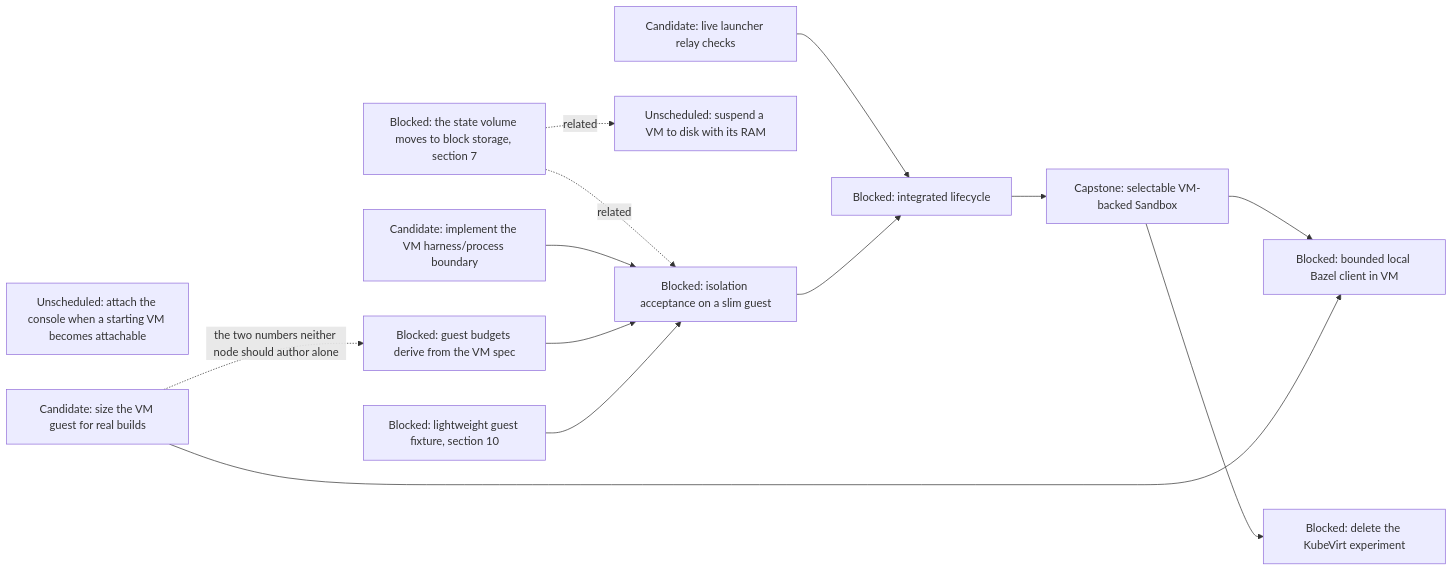
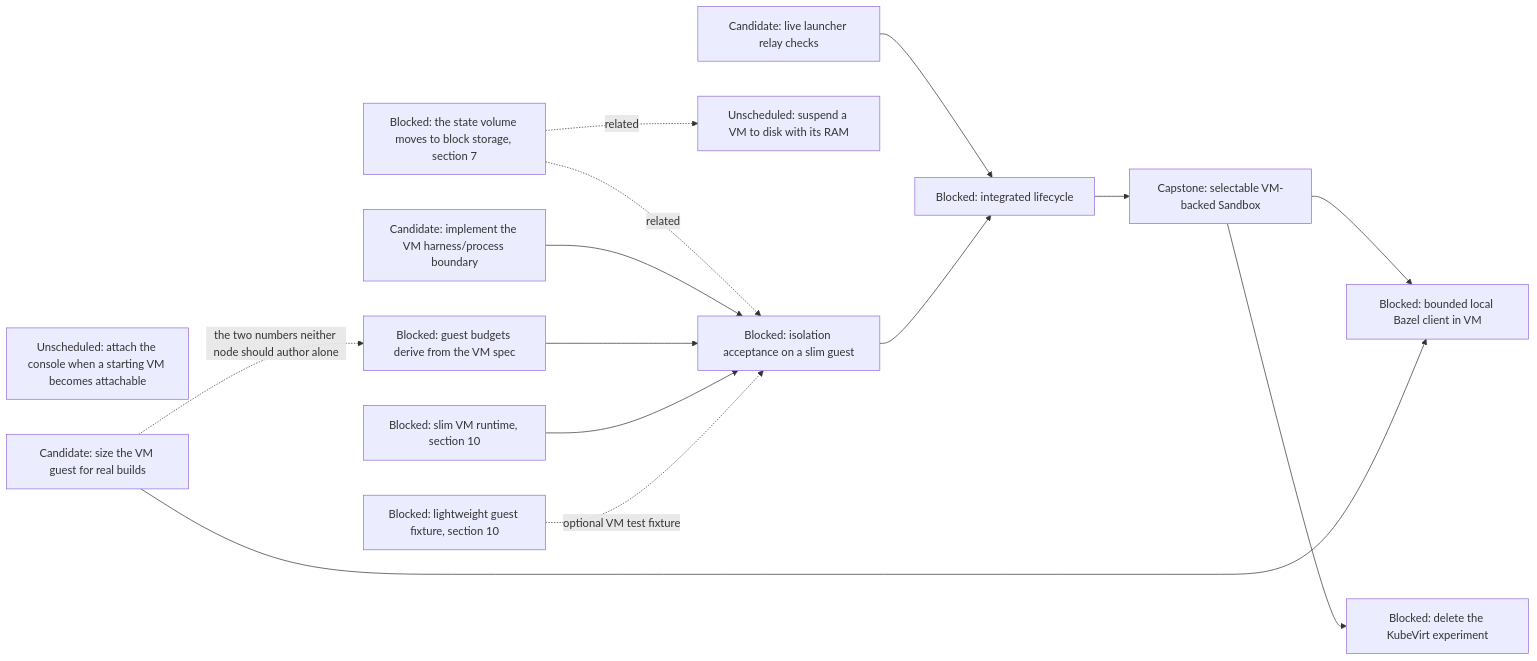
The sixth of 17 diagrams in agentplane/plans/task_dag.md (agentydragon/ducktape), drawn with Mermaid before and after one commit. The commit also changed other lines of this file, not shown here.

Commit message:
Gate VM isolation on slim runtime, not k3s fixture

````diff
--- a/agentplane/plans/task_dag.md
+++ b/agentplane/plans/task_dag.md
@@ -424,24 +424,26 @@
 ```mermaid
 flowchart LR
     VM_EGRESS[Candidate: live launcher relay checks]
     VM_RAM_SUSPEND[Unscheduled: suspend a VM to disk with its RAM]
     VM_CONSOLE_DEFERRED_ATTACH[Unscheduled: attach the console when a starting VM becomes attachable]
     VM_PROCESS_BOUNDARY_IMPL[Candidate: implement the VM harness/process boundary]
     VM_PROCESS_ISOLATION[Blocked: isolation acceptance on a slim guest]
+    RUNNER_LAYERING_VM[Blocked: slim VM runtime, section 10]
     K3S_VM_IMAGE[Blocked: lightweight guest fixture, section 10]
     VM_LIFECYCLE[Blocked: integrated lifecycle]
     STATE_VOLUME_BLOCK[Blocked: the state volume moves to block storage, section 7] -. related .-> VM_PROCESS_ISOLATION
     STATE_VOLUME_BLOCK -. related .-> VM_RAM_SUSPEND
     VM_EGRESS --> VM_LIFECYCLE
     VM_PROCESS_ISOLATION --> VM_LIFECYCLE
     VM_PROCESS_BOUNDARY_IMPL --> VM_PROCESS_ISOLATION
     VM_GUEST_BUDGET_DERIVE --> VM_PROCESS_ISOLATION
-    K3S_VM_IMAGE --> VM_PROCESS_ISOLATION
+    RUNNER_LAYERING_VM --> VM_PROCESS_ISOLATION
+    K3S_VM_IMAGE -. optional VM test fixture .-> VM_PROCESS_ISOLATION
     VM_LIFECYCLE --> SANDBOX_VM_ISOLATION[Capstone: selectable VM-backed Sandbox]
     VM_GUEST_MEMORY[Candidate: size the VM guest for real builds]
     VM_GUEST_BUDGET_DERIVE[Blocked: guest budgets derive from the VM spec]
     VM_GUEST_MEMORY -. the two numbers neither node should author alone .-> VM_GUEST_BUDGET_DERIVE
     SANDBOX_VM_ISOLATION --> LOCAL_BAZEL[Blocked: bounded local Bazel client in VM]
     VM_GUEST_MEMORY --> LOCAL_BAZEL
     SANDBOX_VM_ISOLATION --> KUBEVIRT_EXPERIMENT_RETIRE[Blocked: delete the KubeVirt experiment]
 ```
````
